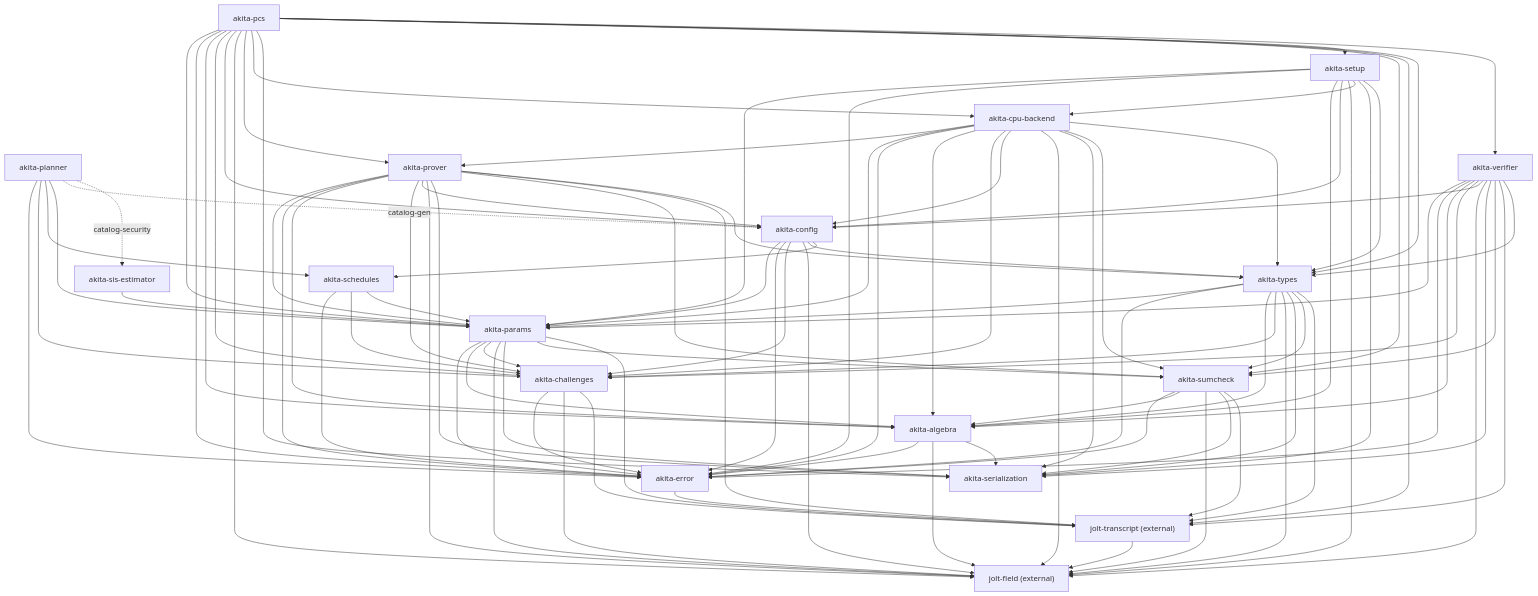
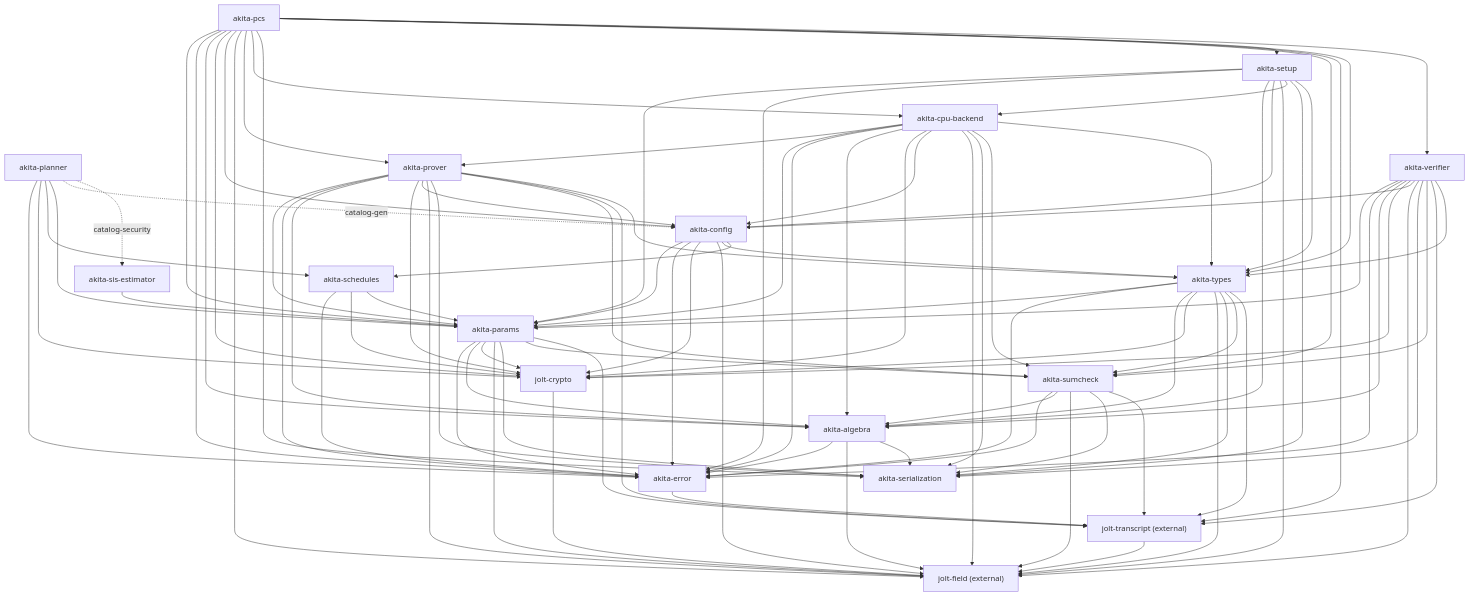
The diagram in docs/crate-graph.md (Acentelles/akita-lz), drawn with Mermaid before and after one commit. The commit also changed other lines of this file and 190 other files, not shown here.

First line of the commit message:
[M5c] switch to jolt-crypto's sparse challenges and public-matrix derivation

```diff
--- a/docs/crate-graph.md
+++ b/docs/crate-graph.md
@@ -41,7 +40,7 @@
   Field["jolt-field (external)"]
   Algebra["akita-algebra"]
   Transcript["jolt-transcript (external)"]
-  Challenges["akita-challenges"]
+  Crypto["jolt-crypto"]
   Sumcheck["akita-sumcheck"]
   Params["akita-params"]
   Types["akita-types"]
@@ -60,9 +59,7 @@
   Algebra --> Ser
   Transcript --> Field
   Error --> Transcript
-  Challenges --> Error
-  Challenges --> Field
-  Challenges --> Transcript
+  Crypto --> Field
   Sumcheck --> Error
   Sumcheck --> Algebra
   Sumcheck --> Field
@@ -70,7 +67,7 @@
   Sumcheck --> Transcript
   Params --> Error
   Params --> Algebra
-  Params --> Challenges
+  Params --> Crypto
   Params --> Field
   Params --> Ser
   Params --> Sumcheck
@@ -78,31 +75,31 @@
   Types --> Params
   Types --> Error
   Types --> Algebra
-  Types --> Challenges
+  Types --> Crypto
   Types --> Field
   Types --> Ser
   Types --> Sumcheck
   Types --> Transcript
   SisEstimator --> Params
   Planner --> Error
-  Planner --> Challenges
+  Planner --> Crypto
   Planner --> Schedules
   Planner --> Params
   Planner -. catalog-gen .-> Config
   Planner -. catalog-security .-> SisEstimator
   Schedules --> Error
-  Schedules --> Challenges
+  Schedules --> Crypto
   Schedules --> Params
   Config --> Params
   Config --> Error
-  Config --> Challenges
+  Config --> Crypto
   Config --> Field
   Config --> Types
   Config --> Schedules
   Verifier --> Params
   Verifier --> Error
   Verifier --> Algebra
-  Verifier --> Challenges
+  Verifier --> Crypto
   Verifier --> Config
   Verifier --> Field
   Verifier --> Ser
@@ -112,7 +109,7 @@
   Prover --> Params
   Prover --> Error
   Prover --> Algebra
-  Prover --> Challenges
+  Prover --> Crypto
   Prover --> Config
   Prover --> Field
   Prover --> Ser
@@ -123,7 +120,7 @@
   Cpu --> Params
   Cpu --> Error
   Cpu --> Algebra
-  Cpu --> Challenges
+  Cpu --> Crypto
   Cpu --> Config
   Cpu --> Field
   Cpu --> Ser
@@ -140,7 +137,7 @@
   Pcs --> Params
   Pcs --> Error
   Pcs --> Algebra
-  Pcs --> Challenges
+  Pcs --> Crypto
   Pcs --> Config
   Pcs --> Field
   Pcs --> Prover
```
